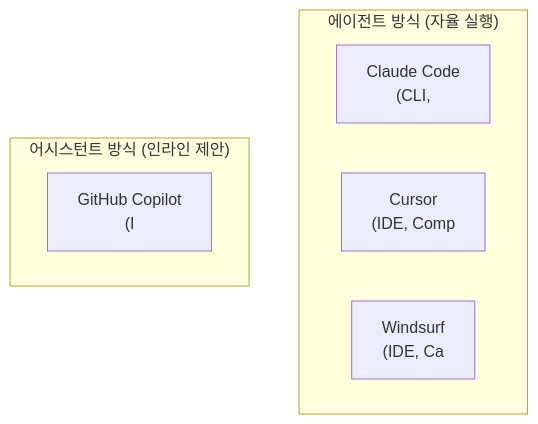
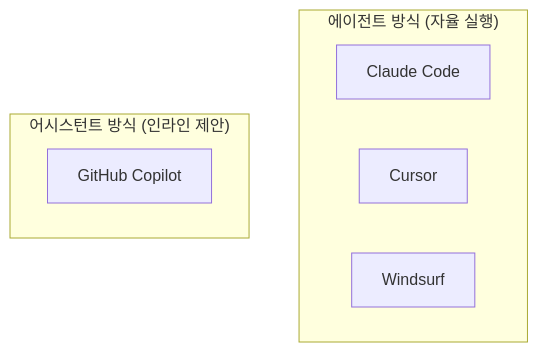
Before and after one commit to yjkim2015/yjkim2015.github.io: the first of 2 diagrams in _posts/ai/2026-05-01-ai-tools.md, drawn with Mermaid. The commit also changed other lines of this file and 217 other files, not shown here.

First line of the commit message:
Mermaid 크기 수정: useMaxWidth:true + SVG max-width:100% + 라벨 축소

````diff
--- a/_posts/ai/2026-05-01-ai-tools.md
+++ b/_posts/ai/2026-05-01-ai-tools.md
@@ -97,11 +97,11 @@
 ```mermaid
 graph TD
     subgraph "에이전트 방식 (자율 실행)"
-        CC["Claude Code\n(CLI,"]
-        CUR["Cursor\n(IDE, Comp"]
-        WIND["Windsurf\n(IDE, Ca"]
+        CC["Claude Code"]
+        CUR["Cursor"]
+        WIND["Windsurf"]
     end
     subgraph "어시스턴트 방식 (인라인 제안)"
-        COPILOT["GitHub Copilot\n(I"]
+        COPILOT["GitHub Copilot"]
     end
 ```
````
